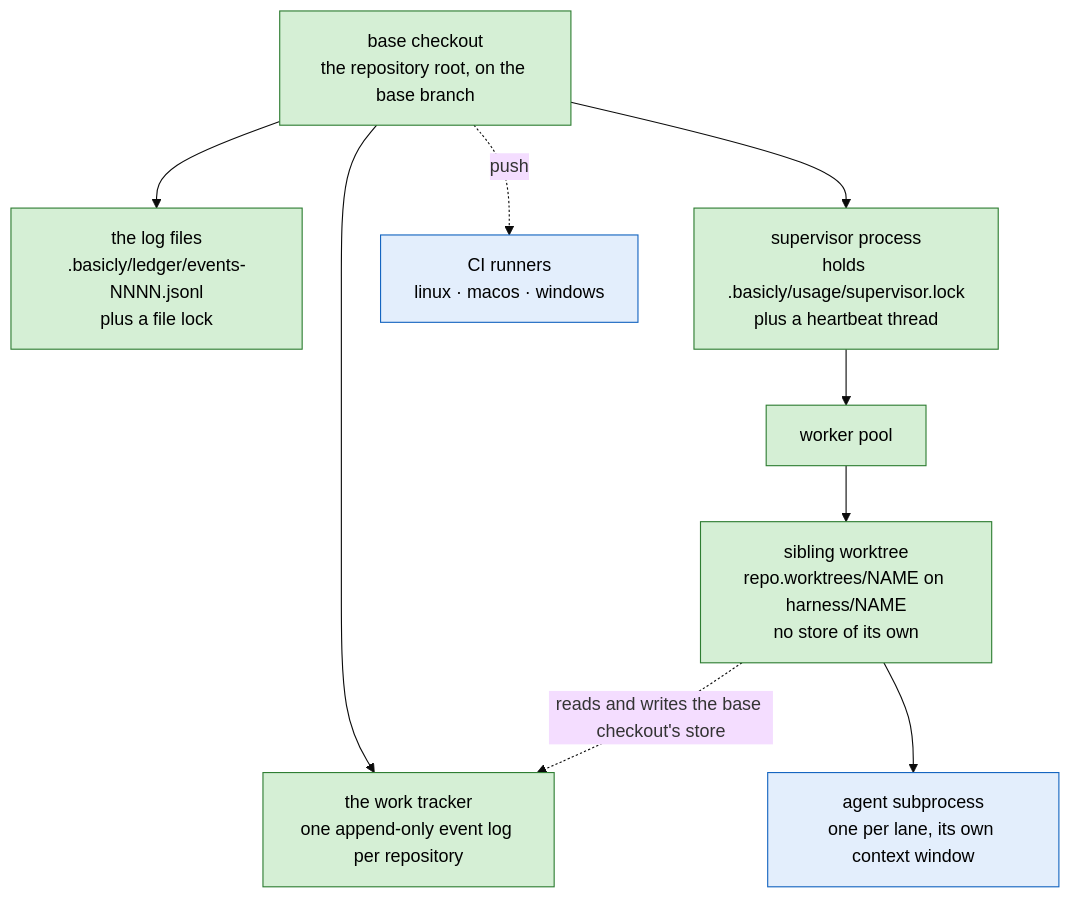
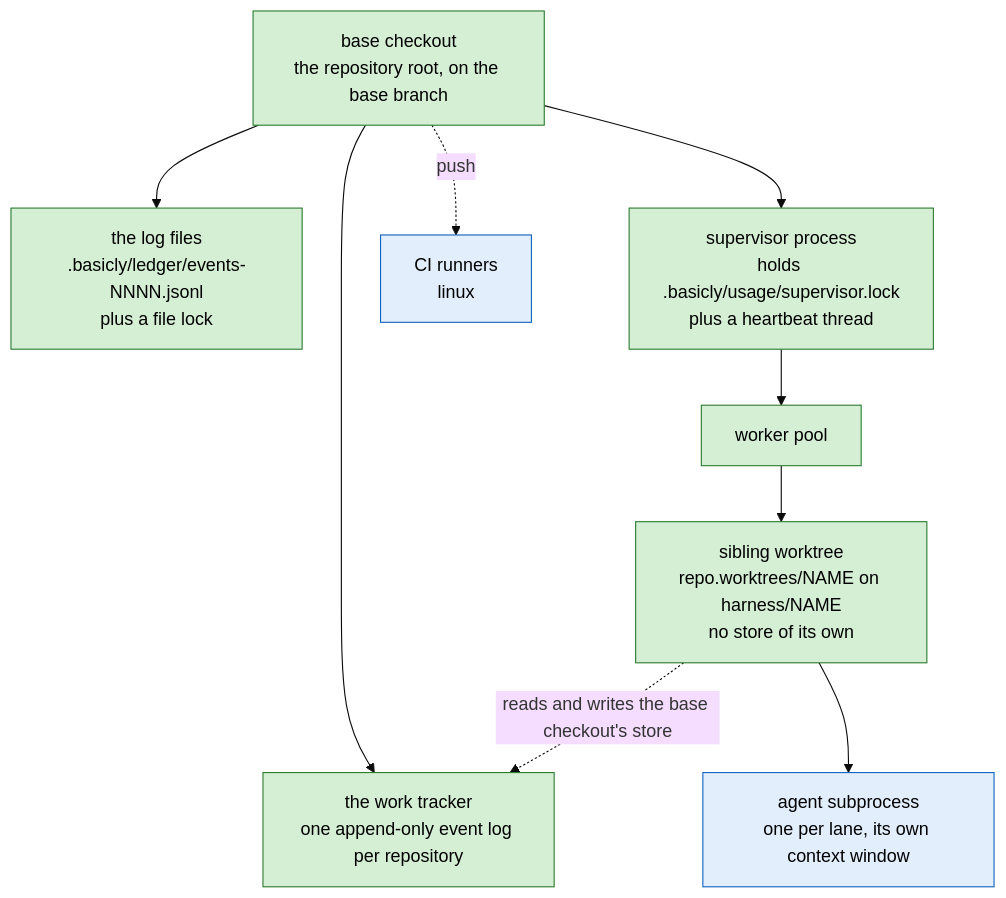
Diagram 16 of 17 in docs/architecture/architecture.md (niksavis/basicly), drawn with Mermaid (base theme) before and after one commit. The commit also changed other lines of this file and 8 other files, not shown here.

````diff
--- a/docs/architecture/architecture.md
+++ b/docs/architecture/architecture.md
@@ -3692,25 +3692,25 @@
 ```mermaid
 flowchart TB
   base["base checkout<br/>the repository root, on the base branch"]
   store["the work tracker<br/>one append-only event log per repository"]
   ledger["the log files<br/>.basicly/ledger/events-NNNN.jsonl<br/>plus a file lock"]
   sup["supervisor process<br/>holds .basicly/usage/supervisor.lock<br/>plus a heartbeat thread"]
   pool["worker pool"]
   wt1["sibling worktree<br/>repo.worktrees/NAME on harness/NAME<br/>no store of its own"]
   agent["agent subprocess<br/>one per lane, its own context window"]
-  ci["CI runners<br/>linux · macos · windows"]
+  ci["CI runners<br/>linux"]
 
   base --> store
   base --> ledger
   base --> sup
   sup --> pool
   pool --> wt1
   wt1 --> agent
   wt1 -.->|"reads and writes the base checkout's store"| store
   base -.->|"push"| ci
 
   classDef shipped fill:#d5efd5,stroke:#2e7d32,color:#000
   classDef external fill:#e3eefc,stroke:#1565c0,color:#000
   class base,store,ledger,sup,pool,wt1 shipped
   class agent,ci external
 ```
````
